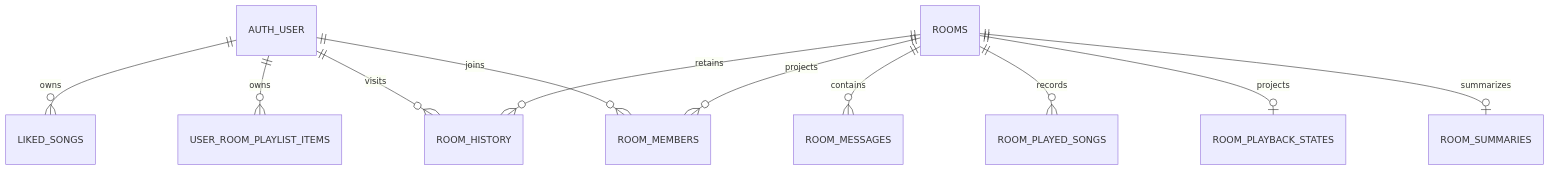
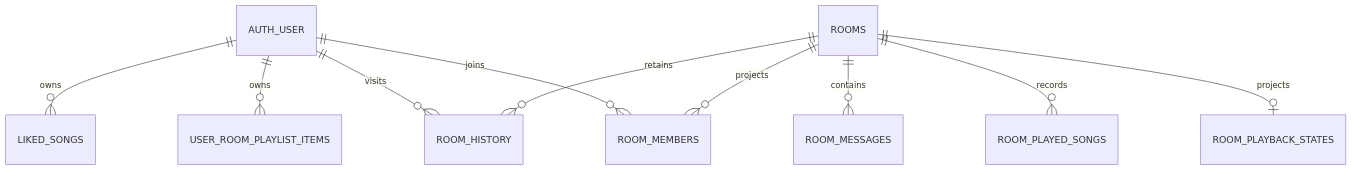
Before and after one commit to NaClzzz/POOL: the second of 2 diagrams in docs/服务端设计.md, drawn with Mermaid. The commit also changed other lines of this file and 60 other files, not shown here.

````diff
--- a/docs/服务端设计.md
+++ b/docs/服务端设计.md
@@ -71,13 +72,12 @@
 ```mermaid
 erDiagram
     AUTH_USER ||--o{ LIKED_SONGS : owns
     AUTH_USER ||--o{ USER_ROOM_PLAYLIST_ITEMS : owns
     AUTH_USER ||--o{ ROOM_HISTORY : visits
     AUTH_USER ||--o{ ROOM_MEMBERS : joins
     ROOMS ||--o{ ROOM_HISTORY : retains
     ROOMS ||--o{ ROOM_MEMBERS : projects
     ROOMS ||--o{ ROOM_MESSAGES : contains
     ROOMS ||--o{ ROOM_PLAYED_SONGS : records
     ROOMS ||--o| ROOM_PLAYBACK_STATES : projects
-    ROOMS ||--o| ROOM_SUMMARIES : summarizes
 ```
````
